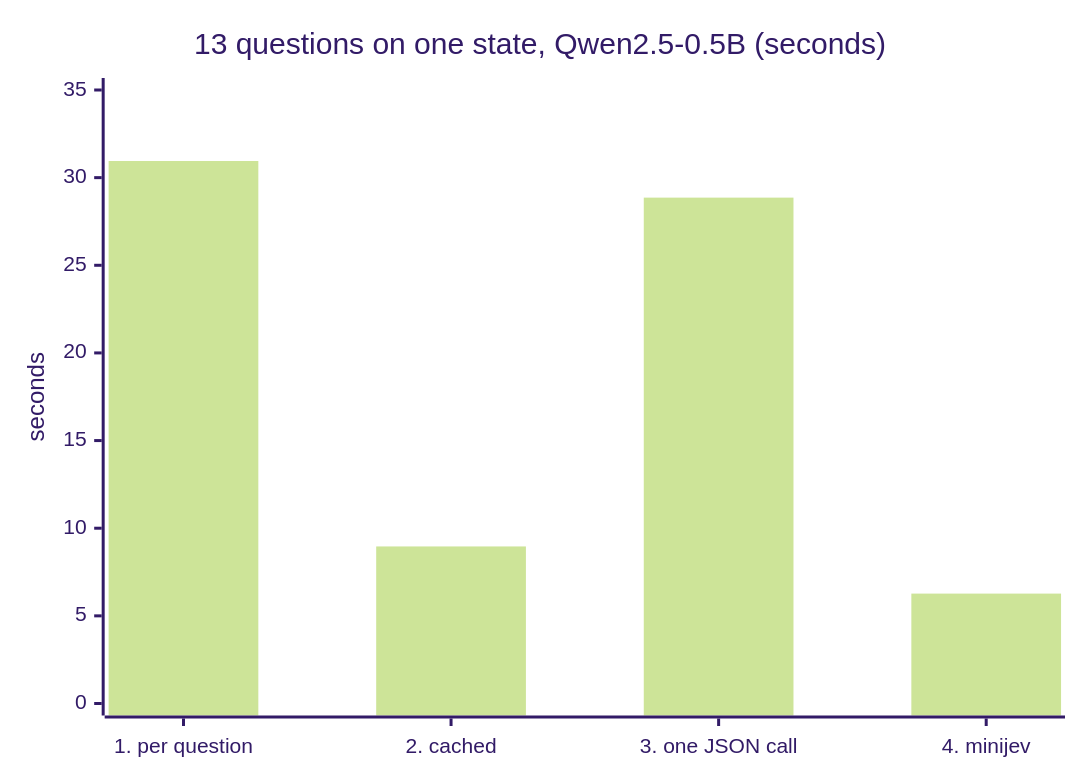
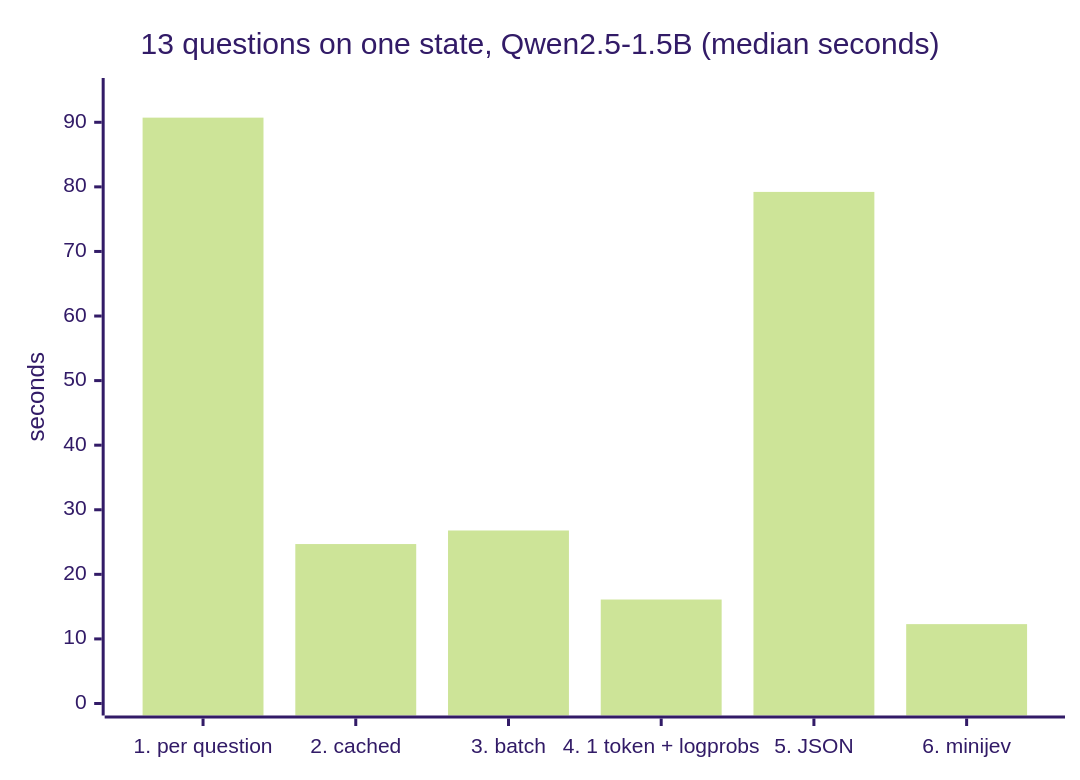
One commit to Obi-Wan-Clemobi/minijev changed diagram 15 of 18 in docs/WALKTHROUGH.md. Above: the diagram before and after it, drawn with Mermaid (forest theme). The commit also changed other lines of this file and 3 other files, not shown here.

````diff
--- a/docs/WALKTHROUGH.md
+++ b/docs/WALKTHROUGH.md
@@ -461,7 +497,7 @@
 ```mermaid
 xychart-beta
-    title "13 questions on one state, Qwen2.5-0.5B (seconds)"
-    x-axis ["1. per question", "2. cached", "3. one JSON call", "4. minijev"]
-    y-axis "seconds" 0 --> 35
-    bar [30.95, 8.96, 28.86, 6.27]
+    title "13 questions on one state, Qwen2.5-1.5B (median seconds)"
+    x-axis ["1. per question", "2. cached", "3. batch", "4. 1 token + logprobs", "5. JSON", "6. minijev"]
+    y-axis "seconds" 0 --> 95
+    bar [90.72, 24.69, 26.79, 16.10, 79.22, 12.29]
 ```
````
